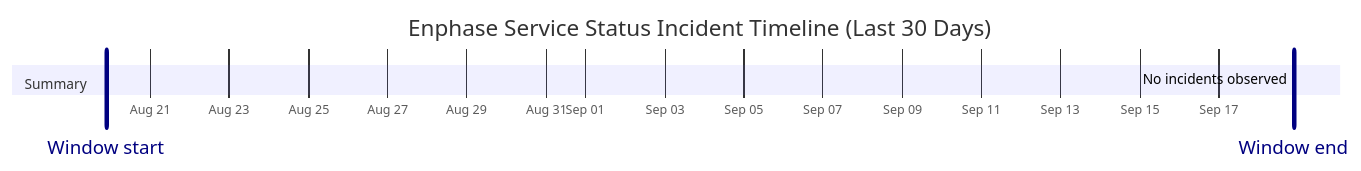
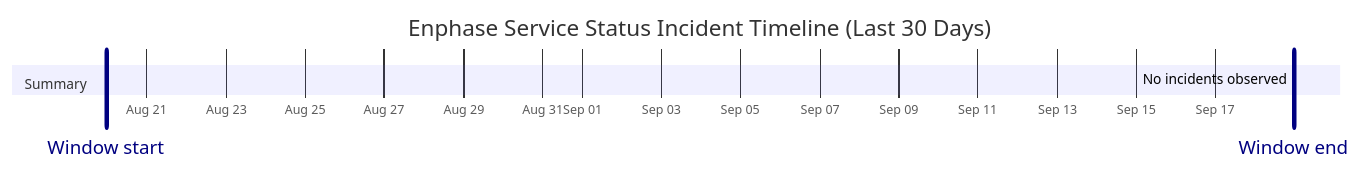
One commit to barneyonline/ha-enphase-energy changed the diagram in wiki/Service-Status-History.md. Above: the diagram before and after it, drawn with Mermaid. The commit also changed other lines of this file and 3 other files, not shown here.

````diff
--- a/wiki/Service-Status-History.md
+++ b/wiki/Service-Status-History.md
@@ -14,10 +14,10 @@
 ```mermaid
 gantt
     title Enphase Service Status Incident Timeline (Last 30 Days)
     dateFormat  YYYY-MM-DDTHH:mm:ss
     axisFormat  %b %d
-    Window start :vert, window-start, 2026-08-19T21:25:08, 0ms
-    Window end :vert, window-end, 2026-09-18T21:25:08, 0ms
+    Window start :vert, window-start, 2026-08-19T23:28:50, 0ms
+    Window end :vert, window-end, 2026-09-18T23:28:50, 0ms
     section Summary
-    No incidents observed :done, 2026-09-18T21:25:08, 1m
+    No incidents observed :done, 2026-09-18T23:28:50, 1m
 ```
````
